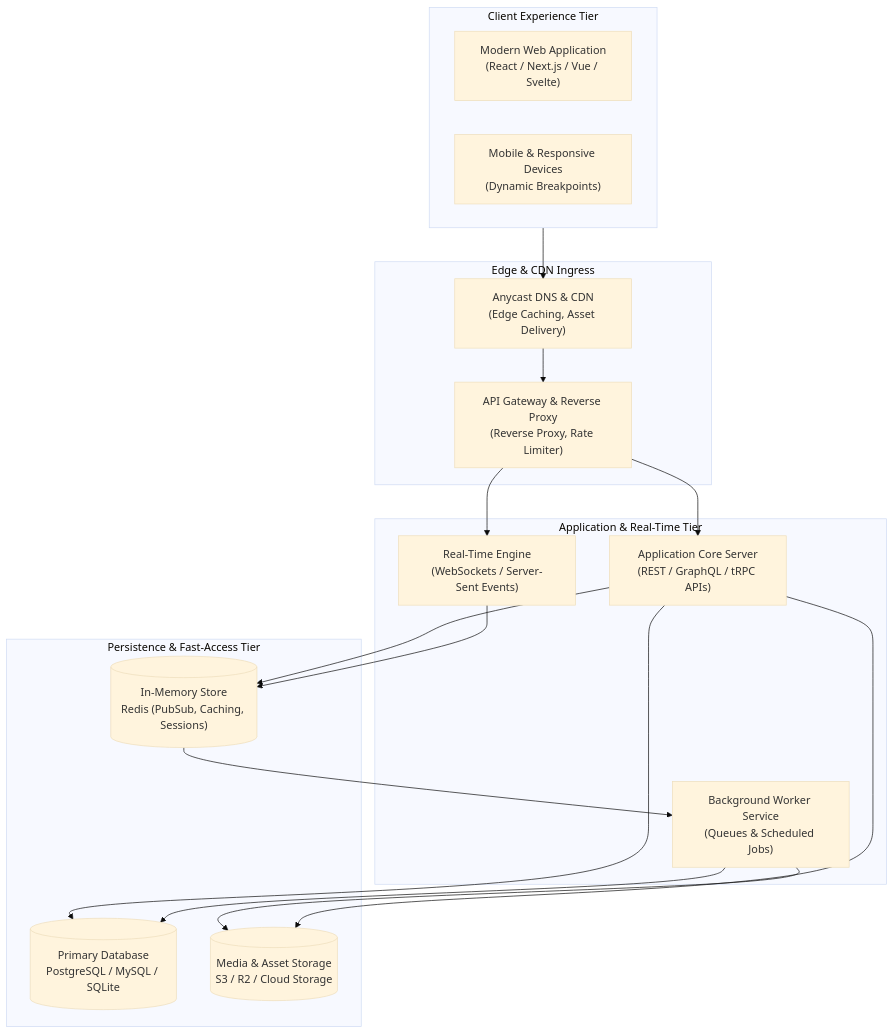
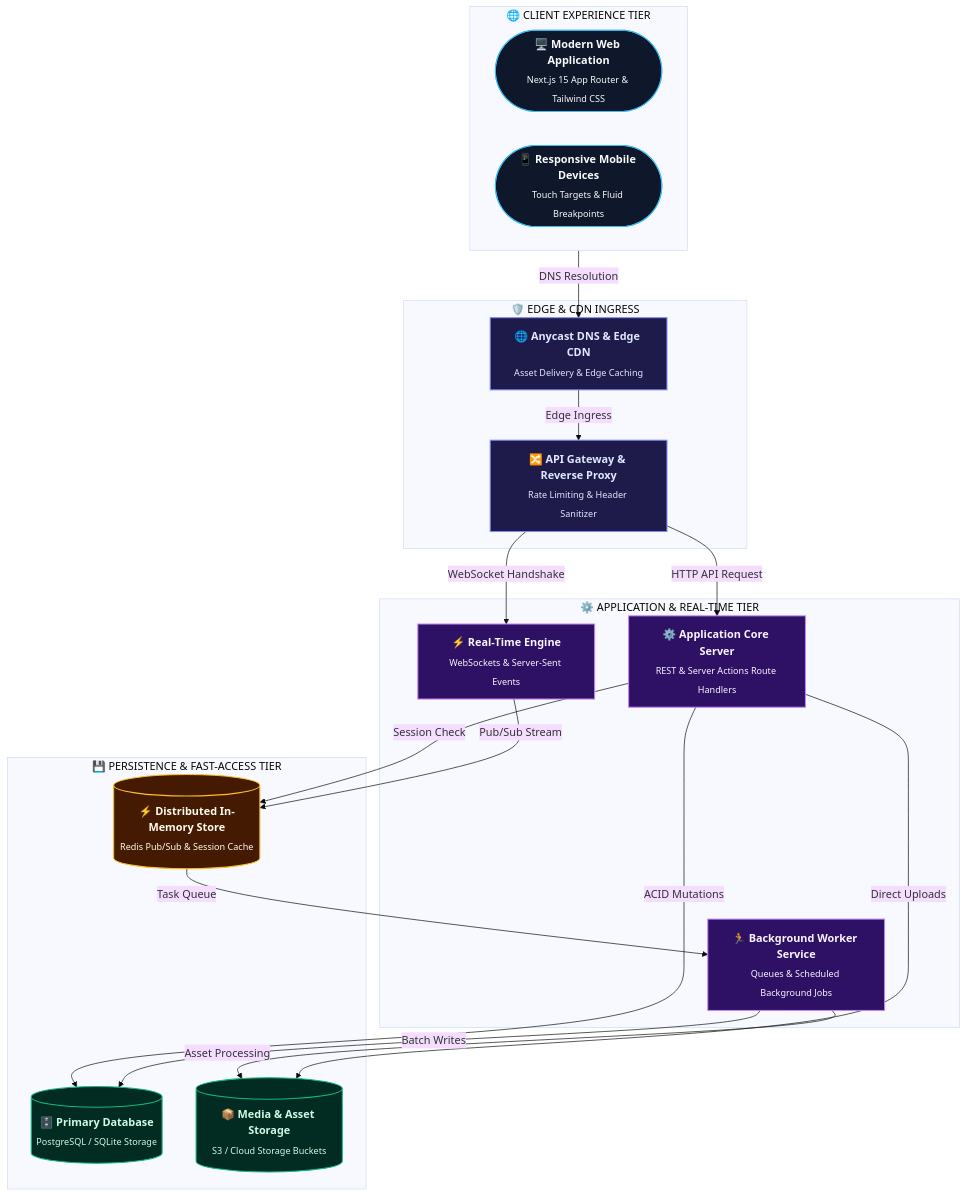
Before and after one commit to rmsofficialsyt/Agentic-AI-Vibe-Coding-AND-SDD-TDD-Codebase-Chandan-Adhikary: the first of 2 diagrams in Vibe-Coding-Chandan-Adhikary/Vibe-Coding/docs/system-architecture.md, drawn with Mermaid (base theme). The commit also changed 14 other files, not shown here.

Commit message:
docs: standardize diagram card sizes, layouts, and UI sizing scale across frameworks

````diff
--- a/Vibe-Coding-Chandan-Adhikary/Vibe-Coding/docs/system-architecture.md
+++ b/Vibe-Coding-Chandan-Adhikary/Vibe-Coding/docs/system-architecture.md
@@ -23,38 +23,44 @@
 ```mermaid
 flowchart TD
-    subgraph Clients ["Client Experience Tier"]
-        Browser["Modern Web Application<br/>(React / Next.js / Vue / Svelte)"]
-        MobileClient["Mobile & Responsive Devices<br/>(Dynamic Breakpoints)"]
+    classDef client fill:#0f172a,stroke:#38bdf8,stroke-width:1.5px,color:#f8fafc;
+    classDef edge fill:#1e1b4b,stroke:#818cf8,stroke-width:1.5px,color:#e0e7ff;
+    classDef app fill:#2e1065,stroke:#c084fc,stroke-width:1.5px,color:#faf5ff;
+    classDef data fill:#022c22,stroke:#10b981,stroke-width:1.5px,color:#d1fae5;
+    classDef cache fill:#451a03,stroke:#fbbf24,stroke-width:1.5px,color:#fffbeb;
+
+    subgraph Clients ["🌐 CLIENT EXPERIENCE TIER"]
+        Browser(["<b>🖥️ Modern Web Application</b><br/><sub>Next.js 15 App Router & Tailwind CSS</sub>"]):::client
+        MobileClient(["<b>📱 Responsive Mobile Devices</b><br/><sub>Touch Targets & Fluid Breakpoints</sub>"]):::client
     end
 
-    subgraph EdgeTier ["Edge & CDN Ingress"]
-        EdgeDNS["Anycast DNS & CDN<br/>(Edge Caching, Asset Delivery)"]
-        APIGateway["API Gateway & Reverse Proxy<br/>(Reverse Proxy, Rate Limiter)"]
+    subgraph EdgeTier ["🛡️ EDGE & CDN INGRESS"]
+        EdgeDNS["<b>🌐 Anycast DNS & Edge CDN</b><br/><sub>Asset Delivery & Edge Caching</sub>"]:::edge
+        APIGateway["<b>🔀 API Gateway & Reverse Proxy</b><br/><sub>Rate Limiting & Header Sanitizer</sub>"]:::edge
     end
 
-    subgraph AppTier ["Application & Real-Time Tier"]
-        WebServer["Application Core Server<br/>(REST / GraphQL / tRPC APIs)"]
-        SocketServer["Real-Time Engine<br/>(WebSockets / Server-Sent Events)"]
-        AsyncWorker["Background Worker Service<br/>(Queues & Scheduled Jobs)"]
+    subgraph AppTier ["⚙️ APPLICATION & REAL-TIME TIER"]
+        WebServer["<b>⚙️ Application Core Server</b><br/><sub>REST & Server Actions Route Handlers</sub>"]:::app
+        SocketServer["<b>⚡ Real-Time Engine</b><br/><sub>WebSockets & Server-Sent Events</sub>"]:::app
+        AsyncWorker["<b>🏃 Background Worker Service</b><br/><sub>Queues & Scheduled Background Jobs</sub>"]:::app
     end
 
-    subgraph DataTier ["Persistence & Fast-Access Tier"]
-        PrimaryDB[("Primary Database<br/>PostgreSQL / MySQL / SQLite")]
-        RedisStore[("In-Memory Store<br/>Redis (PubSub, Caching, Sessions)")]
-        BlobStorage[("Media & Asset Storage<br/>S3 / R2 / Cloud Storage")]
+    subgraph DataTier ["💾 PERSISTENCE & FAST-ACCESS TIER"]
+        PrimaryDB[("<b>🗄️ Primary Database</b><br/><sub>PostgreSQL / SQLite Storage</sub>")]:::data
+        RedisStore[("<b>⚡ Distributed In-Memory Store</b><br/><sub>Redis Pub/Sub & Session Cache</sub>")]:::cache
+        BlobStorage[("<b>📦 Media & Asset Storage</b><br/><sub>S3 / Cloud Storage Buckets</sub>")]:::data
     end
 
-    Clients --> EdgeDNS
-    EdgeDNS --> APIGateway
-    APIGateway --> WebServer
-    APIGateway --> SocketServer
+    Clients -->|"DNS Resolution"| EdgeDNS
+    EdgeDNS -->|"Edge Ingress"| APIGateway
+    APIGateway -->|"HTTP API Request"| WebServer
+    APIGateway -->|"WebSocket Handshake"| SocketServer
 
-    WebServer --> PrimaryDB
-    WebServer --> RedisStore
-    SocketServer --> RedisStore
+    WebServer -->|"ACID Mutations"| PrimaryDB
+    WebServer -->|"Session Check"| RedisStore
+    SocketServer -->|"Pub/Sub Stream"| RedisStore
 
-    RedisStore --> AsyncWorker
-    AsyncWorker --> PrimaryDB
-    AsyncWorker --> BlobStorage
-    WebServer --> BlobStorage
+    RedisStore -->|"Task Queue"| AsyncWorker
+    AsyncWorker -->|"Batch Writes"| PrimaryDB
+    AsyncWorker -->|"Asset Processing"| BlobStorage
+    WebServer -->|"Direct Uploads"| BlobStorage
 ```
````
